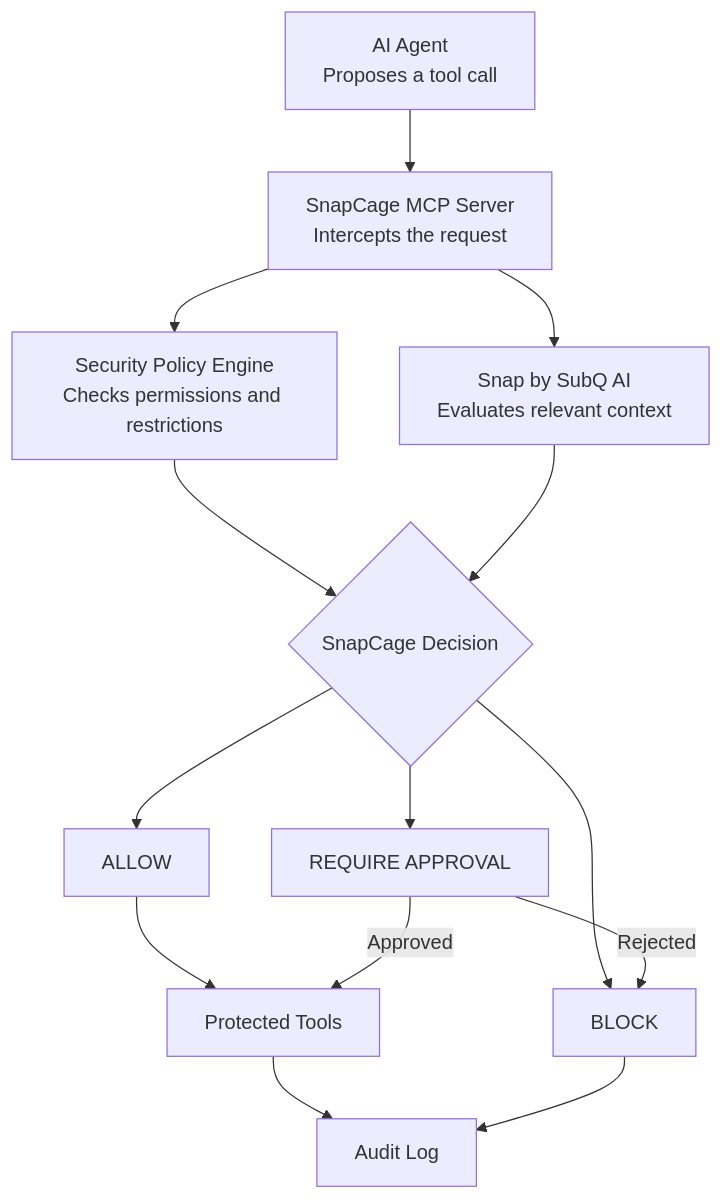
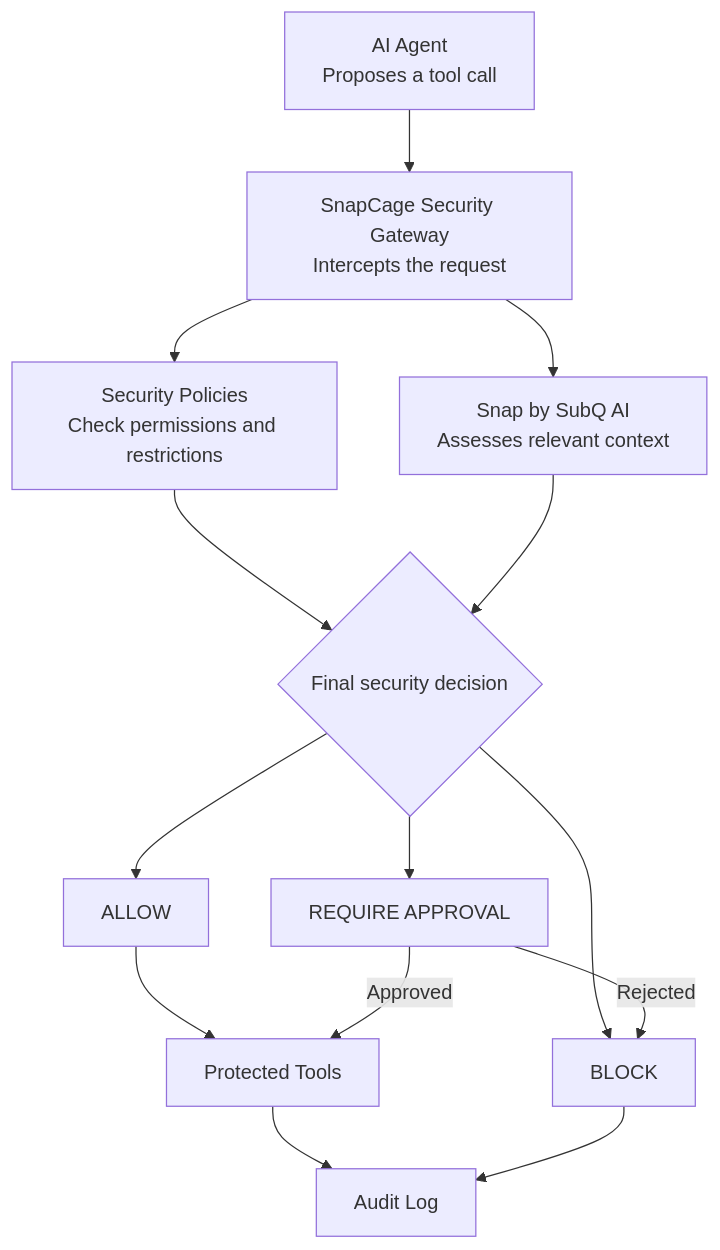
Before and after one commit to fadilasif/snapcage: the diagram in README.md, drawn with Mermaid. The commit also changed other lines of this file, not shown here.

````diff
--- a/README.md
+++ b/README.md
@@ -17,27 +17,27 @@
 ```mermaid
 flowchart TD
-    A["AI Agent<br/>Proposes a tool call"]
-    B["SnapCage MCP Server<br/>Intercepts the request"]
-    C["Security Policy Engine<br/>Checks permissions and restrictions"]
-    D["Snap by SubQ AI<br/>Evaluates relevant context"]
-    E{"SnapCage Decision"}
-    F["ALLOW"]
-    G["BLOCK"]
-    H["REQUIRE APPROVAL"]
-    I["Protected Tools"]
-    J["Audit Log"]
+    Agent["AI Agent<br/>Proposes a tool call"]
+    Gateway["SnapCage Security Gateway<br/>Intercepts the request"]
+    Policy["Security Policies<br/>Check permissions and restrictions"]
+    Snap["Snap by SubQ AI<br/>Assesses relevant context"]
+    Decision{"Final security decision"}
+    Allow["ALLOW"]
+    Block["BLOCK"]
+    Approval["REQUIRE APPROVAL"]
+    Tools["Protected Tools"]
+    Audit["Audit Log"]
 
-    A --> B
-    B --> C
-    B --> D
-    C --> E
-    D --> E
-    E --> F
-    E --> G
-    E --> H
-    F --> I
-    H -->|Approved| I
-    H -->|Rejected| G
-    I --> J
-    G --> J
+    Agent --> Gateway
+    Gateway --> Policy
+    Gateway --> Snap
+    Policy --> Decision
+    Snap --> Decision
+    Decision --> Allow
+    Decision --> Block
+    Decision --> Approval
+    Allow --> Tools
+    Approval -->|Approved| Tools
+    Approval -->|Rejected| Block
+    Tools --> Audit
+    Block --> Audit
 ```
````
